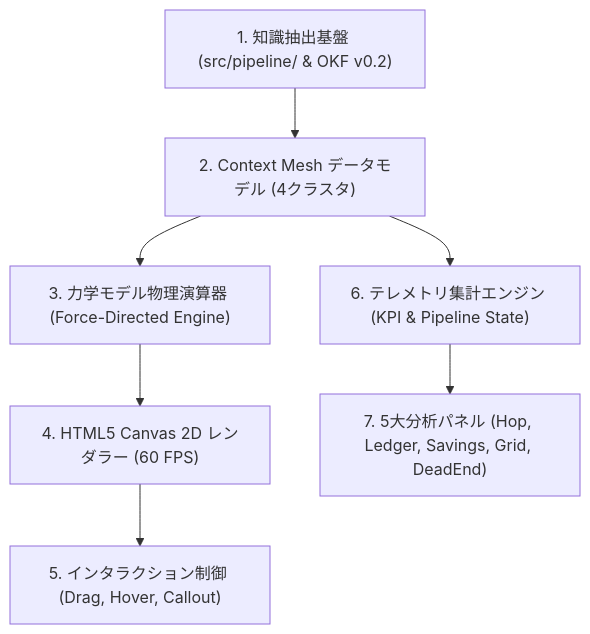
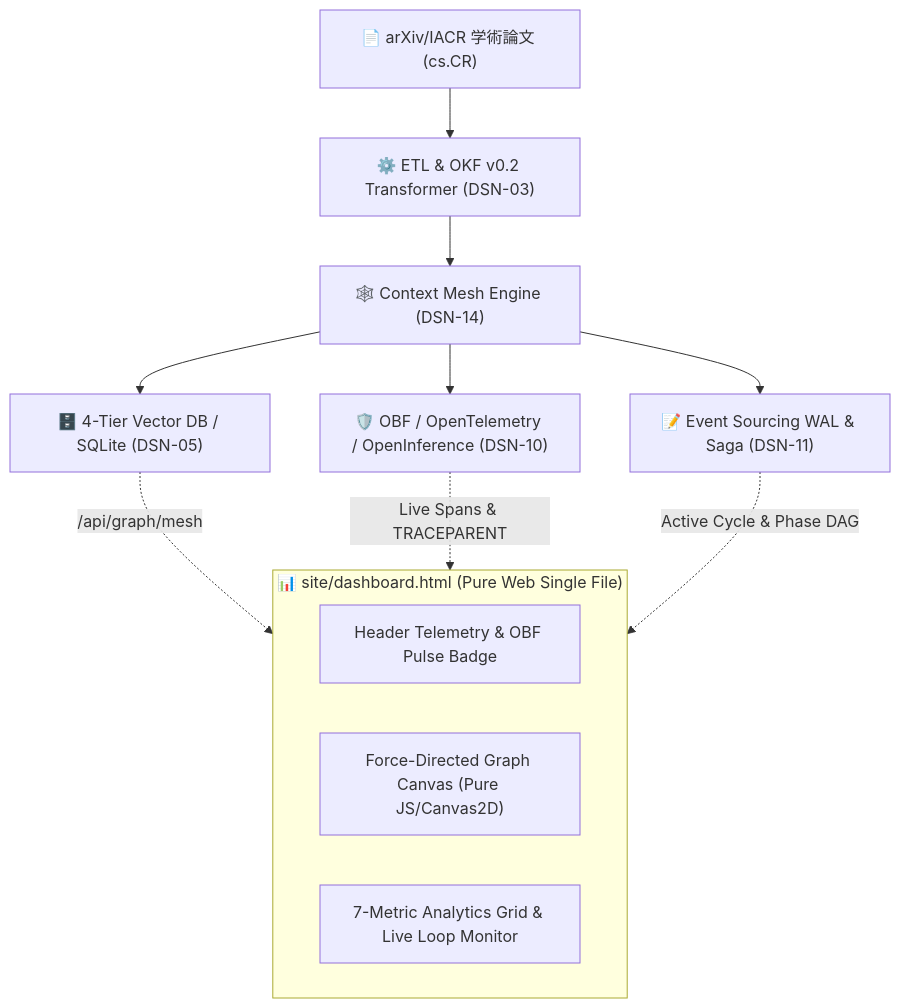
The first of 2 diagrams in docs/designs/DSN-14-graph_engineering_dashboard.md (rokujyouhitoma/arxiv-security-papers), drawn with Mermaid before and after one commit. The commit also changed other lines of this file and 3 other files, not shown here.

First line of the commit message:
feat(dashboard): split product knowledge mesh and system observability into tabbed views (DSN-14)

````diff
--- a/docs/designs/DSN-14-graph_engineering_dashboard.md
+++ b/docs/designs/DSN-14-graph_engineering_dashboard.md
@@ -72,9 +77,18 @@
 ```mermaid
 graph TD
-    A["1. 知識抽出基盤 (src/pipeline/ & OKF v0.2)"] --> B["2. Context Mesh データモデル (4クラスタ)"]
-    B --> C["3. 力学モデル物理演算器 (Force-Directed Engine)"]
-    C --> D["4. HTML5 Canvas 2D レンダラー (60 FPS)"]
-    D --> E["5. インタラクション制御 (Drag, Hover, Callout)"]
-    B --> F["6. テレメトリ集計エンジン (KPI & Pipeline State)"]
-    F --> G["7. 5大分析パネル (Hop, Ledger, Savings, Grid, DeadEnd)"]
+    Raw["📄 arXiv/IACR 学術論文 (cs.CR)"] --> ETL["⚙️ ETL & OKF v0.2 Transformer (DSN-03)"]
+    ETL --> Mesh["🕸️ Context Mesh Engine (DSN-14)"]
+    Mesh --> VectorDB["🗄️ 4-Tier Vector DB / SQLite (DSN-05)"]
+    Mesh --> Obs["🛡️ OBF / OpenTelemetry / OpenInference (DSN-10)"]
+    Mesh --> WAL["📝 Event Sourcing WAL & Saga (DSN-11)"]
+    
+    subgraph Dashboard ["📊 site/dashboard.html (Pure Web Single File)"]
+        TopBar["Header Telemetry & OBF Pulse Badge"]
+        Canvas["Force-Directed Graph Canvas (Pure JS/Canvas2D)"]
+        Grid["7-Metric Analytics Grid & Live Loop Monitor"]
+    end
+    
+    VectorDB -.->|/api/graph/mesh| Dashboard
+    Obs -.->|Live Spans & TRACEPARENT| Dashboard
+    WAL -.->|Active Cycle & Phase DAG| Dashboard
 ```
````
